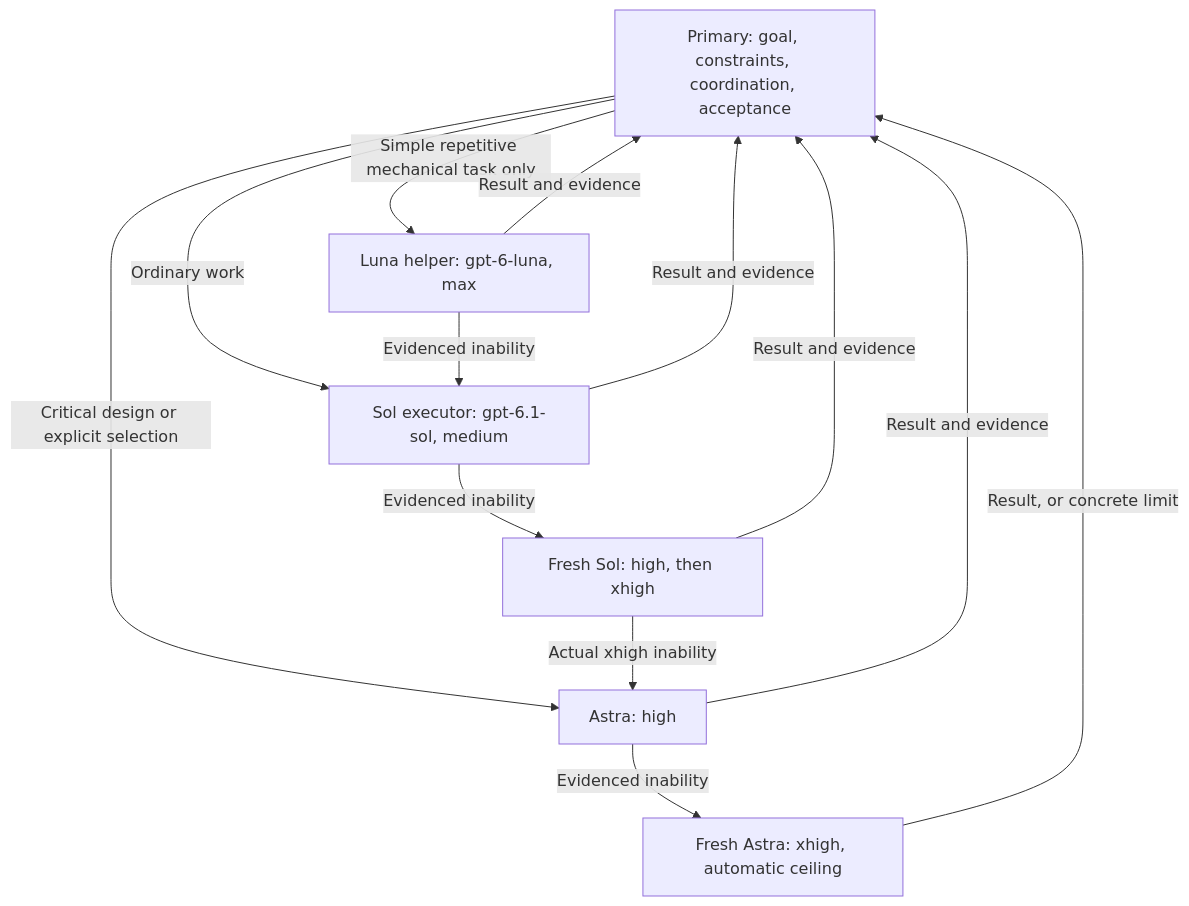
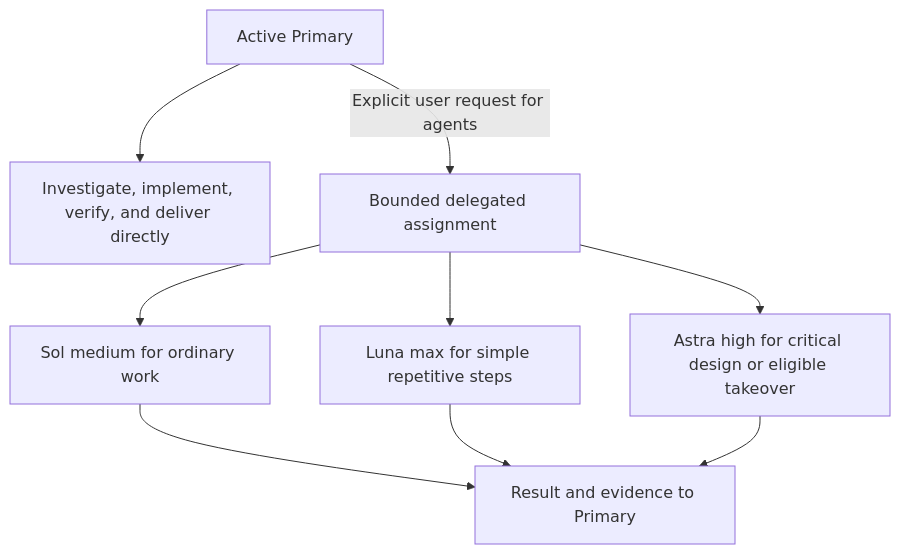
One commit to PigeonAI-Yang/pigeonstack changed the diagram in README.md. Above: the diagram before and after it, drawn with Mermaid. The commit also changed other lines of this file and 191 other files, not shown here.

````diff
--- a/README.md
+++ b/README.md
@@ -91,15 +95,11 @@
 ```mermaid
 flowchart TD
-    P["Primary: goal, constraints, coordination, acceptance"] -->|"Ordinary work"| S["Sol executor: gpt-6.1-sol, medium"]
-    P -->|"Simple repetitive mechanical task only"| L["Luna helper: gpt-6-luna, max"]
-    P -->|"Critical design or explicit selection"| A["Astra: high"]
-    L -->|"Evidenced inability"| S
-    S -->|"Evidenced inability"| H["Fresh Sol: high, then xhigh"]
-    H -->|"Actual xhigh inability"| A
-    A -->|"Evidenced inability"| X["Fresh Astra: xhigh, automatic ceiling"]
-    S -->|"Result and evidence"| P
-    L -->|"Result and evidence"| P
-    H -->|"Result and evidence"| P
-    A -->|"Result and evidence"| P
-    X -->|"Result, or concrete limit"| P
+    P["Active Primary"] --> D["Investigate, implement, verify, and deliver directly"]
+    P -->|"Explicit user request for agents"| G["Bounded delegated assignment"]
+    G --> S["Sol medium for ordinary work"]
+    G --> L["Luna max for simple repetitive steps"]
+    G --> A["Astra high for critical design or eligible takeover"]
+    S --> R["Result and evidence to Primary"]
+    L --> R
+    A --> R
 ```
````
